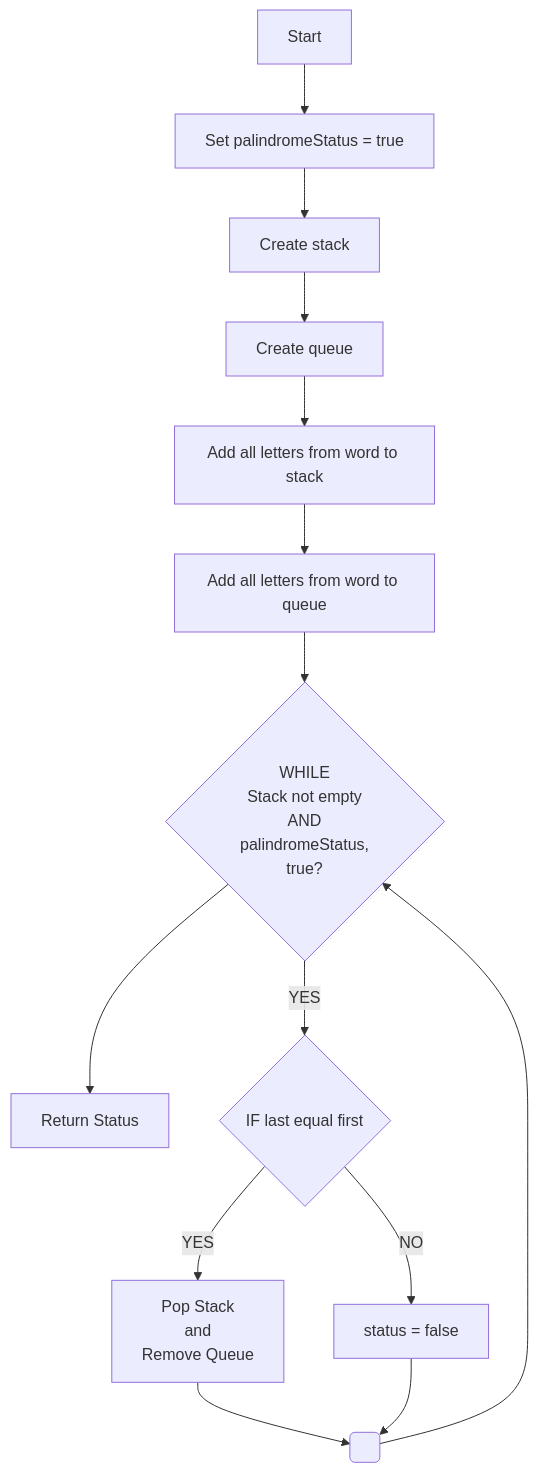
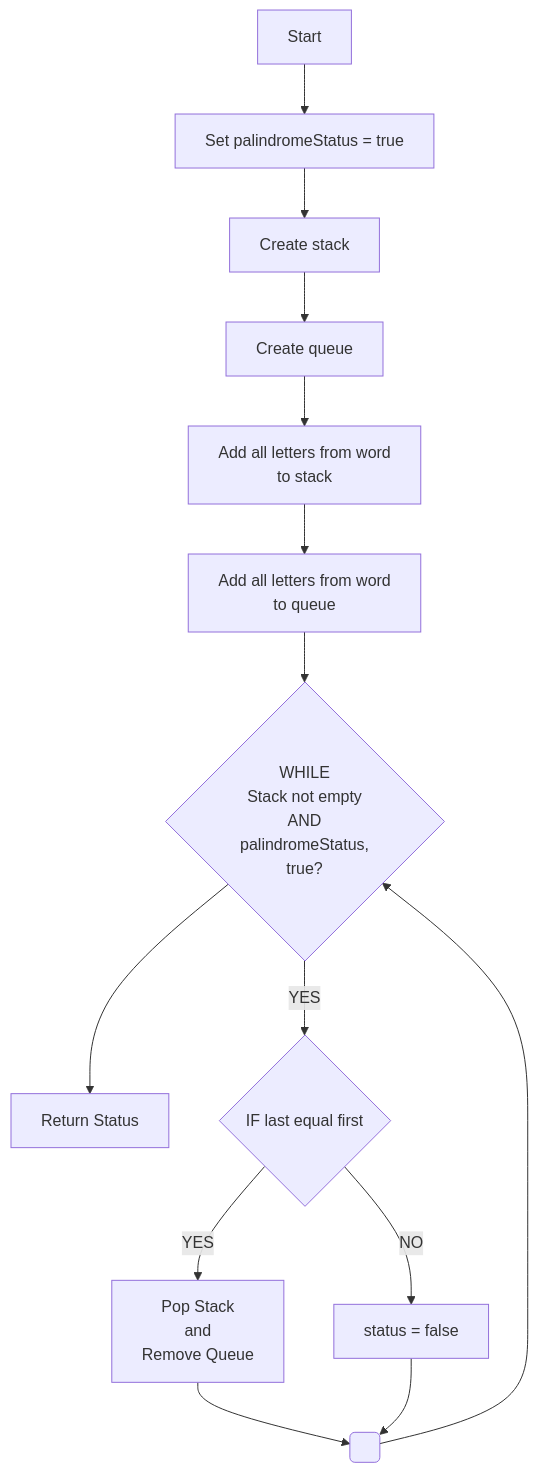
The diagram in lab4_stack_queue/lab4b_palindrome.md (ProfLehman/cs325_fall_2025), drawn with Mermaid before and after one commit. The commit also changed other lines of this file, not shown here.

````diff
--- a/lab4_stack_queue/lab4b_palindrome.md
+++ b/lab4_stack_queue/lab4b_palindrome.md
@@ -37,16 +37,16 @@
 ```mermaid
 flowchart TD
     A["Start"] --> B["Set palindromeStatus = true"]
     B --> C["Create stack"]
     C --> D["Create queue"]
-    D --> E["Add all letters from word to stack"]
-    E --> F["Add all letters from word to queue"]
+    D --> E["Add all letters from word<br>to stack"]
+    E --> F["Add all letters from word<br>to queue"]
     F --> G{"WHILE <br>Stack not empty<br>AND<br>palindromeStatus,<br>true?"}
     G --> L["Return Status"]
     G --YES--> H{"IF last equal first"}
     H --NO--> J["status = false"]
     H --YES--> I["Pop Stack<br>and<br>Remove Queue"]
     I --> K["X"]
     J --> K(" ")
     K --> G
 ```
````
